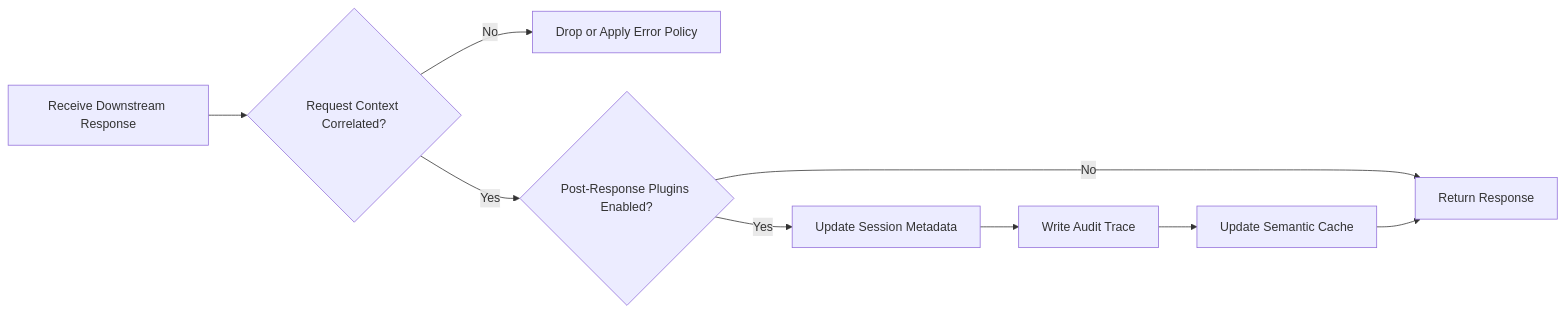
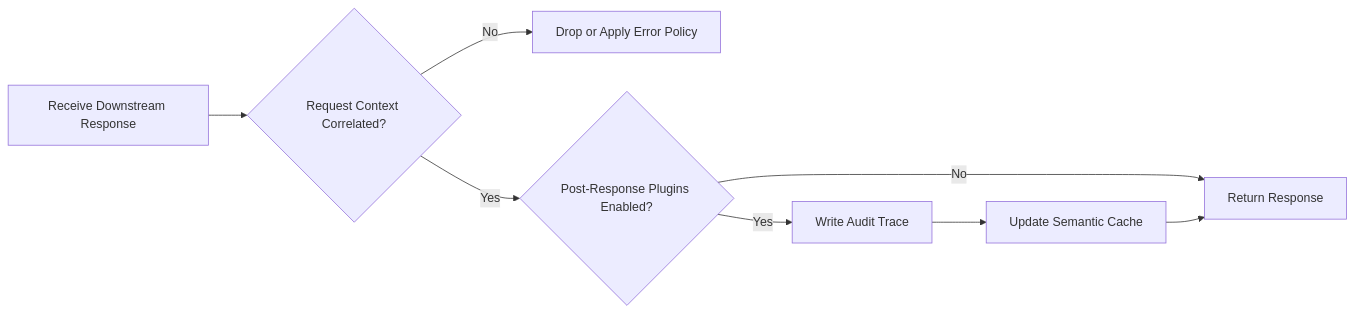
One commit to puyanguvic/semenatic_routing_and_load_balance changed the second of 4 diagrams in ase_semantic_router.md. Above: the diagram before and after it, drawn with Mermaid. The commit also changed other lines of this file, not shown here.

````diff
--- a/ase_semantic_router.md
+++ b/ase_semantic_router.md
@@ -75,12 +69,11 @@
 ```mermaid
 flowchart LR
     A[Receive Downstream Response] --> B{Request Context Correlated?}
     B -- No --> X[Drop or Apply Error Policy]
 
     B -- Yes --> P{Post-Response Plugins Enabled?}
     P -- No --> R[Return Response]
-    P -- Yes --> S[Update Session Metadata]
-    S --> T[Write Audit Trace]
+    P -- Yes --> T[Write Audit Trace]
     T --> C[Update Semantic Cache]
     C --> R[Return Response]
 ```
````
